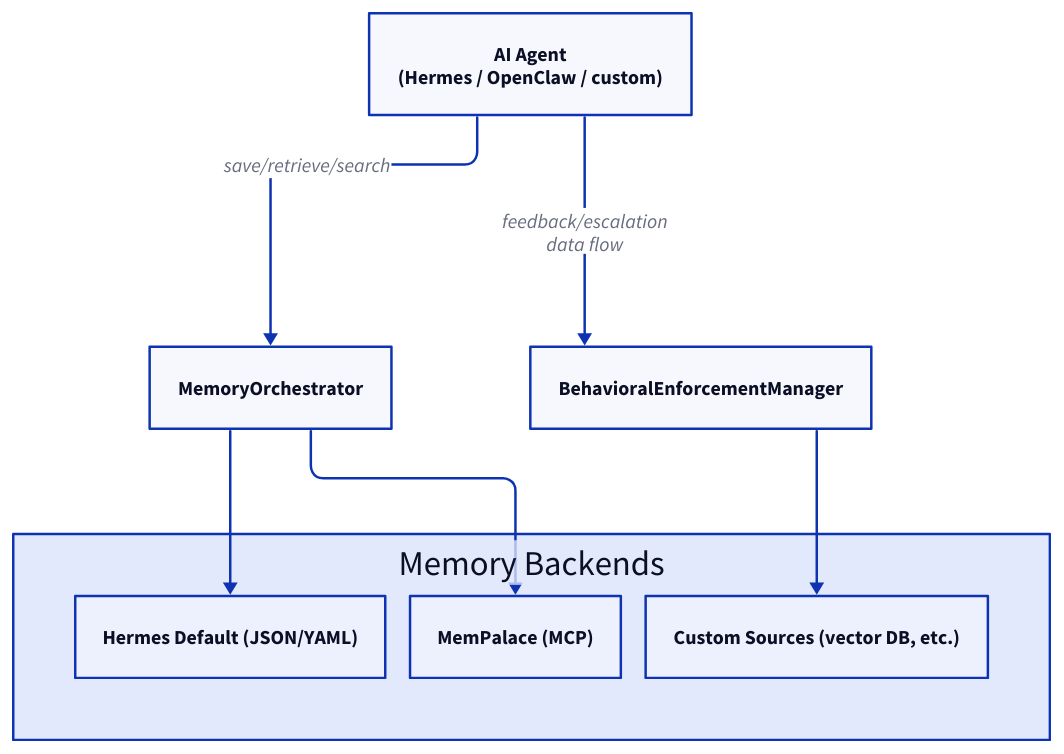
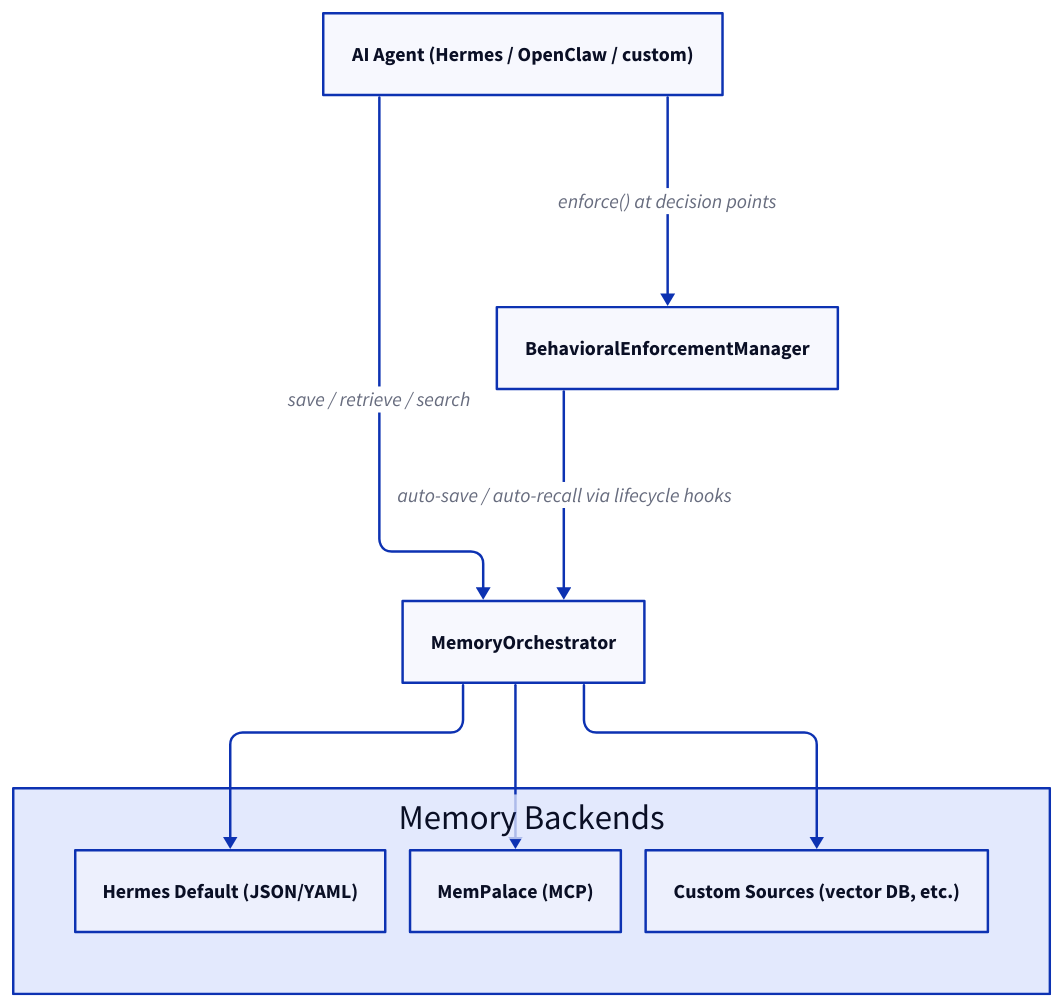
The diagram in diagrams/architecture.d2 (BuboTheWise/MemChorus), drawn with D2 before and after one commit. The commit also changed 6 other files, not shown here.

Commit message:
docs(diagrams): increase SVG scale to 3; fix architecture wiring

```diff
--- a/diagrams/architecture.d2
+++ b/diagrams/architecture.d2
@@ -1,25 +1,26 @@
 vars: {
   d2-config: {
     layout-engine: elk
   }
 }
 
 direction: down
 
-ai: "AI Agent\n(Hermes / OpenClaw / custom)"
+AI Agent (Hermes / OpenClaw / custom)
 
 MemoryOrchestrator
 
 BehavioralEnforcementManager
 
 backends: Memory Backends {
   "Hermes Default (JSON/YAML)"
   "MemPalace (MCP)"
   "Custom Sources (vector DB, etc.)"
 }
 
-ai -> MemoryOrchestrator: save/retrieve/search
-ai -> BehavioralEnforcementManager: feedback/escalation\ndata flow
+AI Agent* -> MemoryOrchestrator: save / retrieve / search
+AI Agent* -> BehavioralEnforcementManager: enforce() at decision points
+BehavioralEnforcementManager -> MemoryOrchestrator: auto-save / auto-recall via lifecycle hooks
 MemoryOrchestrator -> backends."Hermes Default (JSON/YAML)"
 MemoryOrchestrator -> backends."MemPalace (MCP)"
-BehavioralEnforcementManager -> backends."Custom Sources (vector DB, etc.)"
+MemoryOrchestrator -> backends."Custom Sources (vector DB, etc.)"
```
